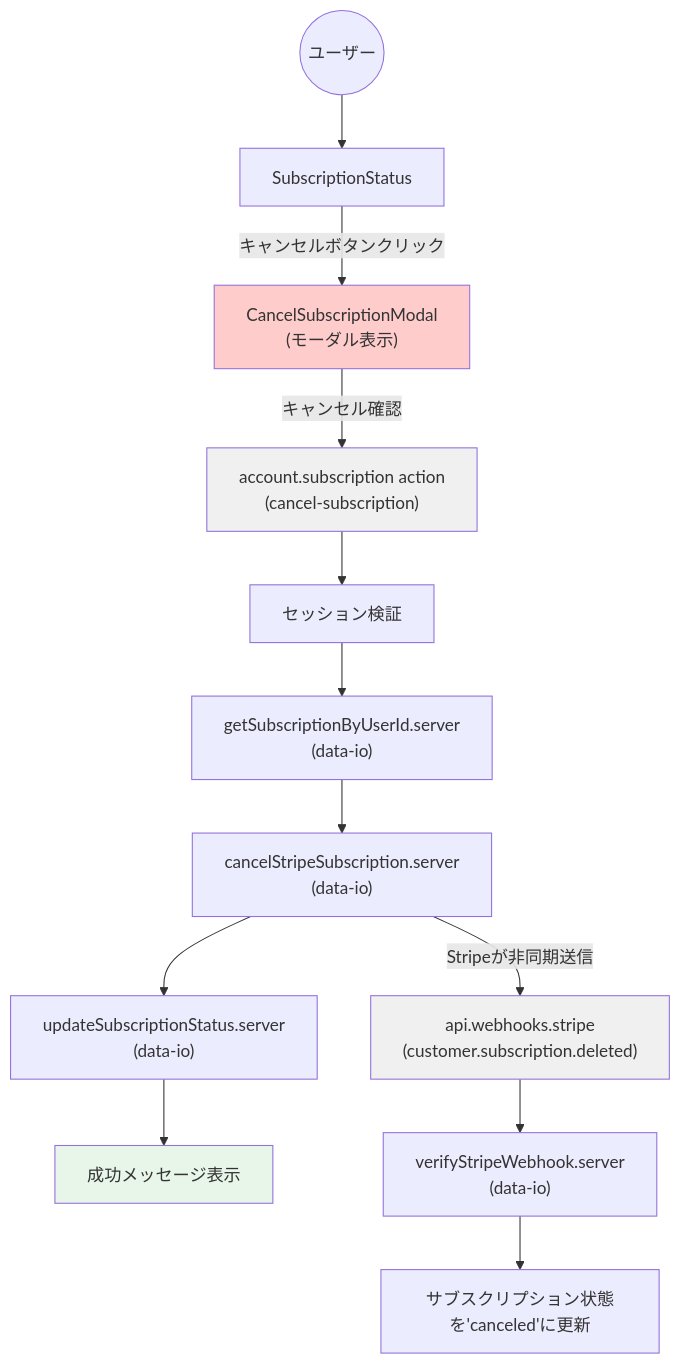
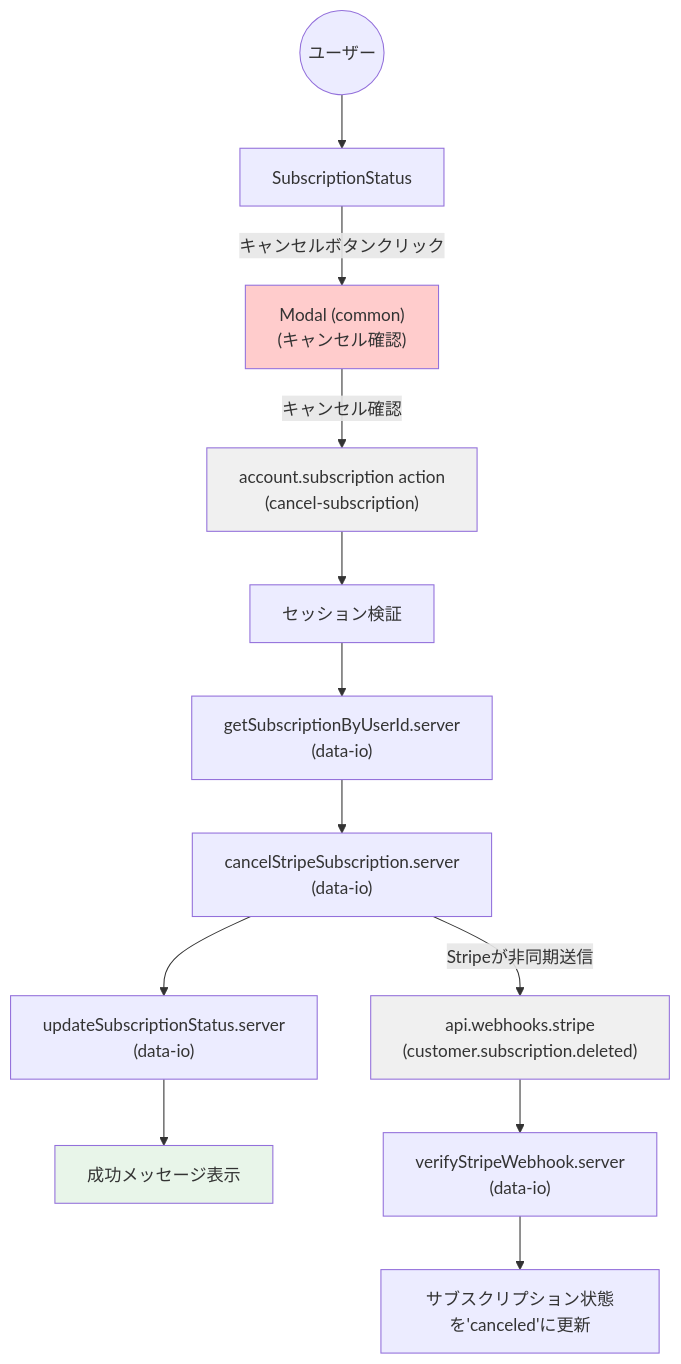
The third of 19 diagrams in develop/account/subscription/data-flow-diagram.md (tezuka-Akihiro/ClaudeMix), drawn with Mermaid before and after one commit. The commit also changed other lines of this file and 1 other file, not shown here.

First line of the commit message:
Update data-flow-diagram.md to reflect common Modal/Badge design

````diff
--- a/develop/account/subscription/data-flow-diagram.md
+++ b/develop/account/subscription/data-flow-diagram.md
@@ -67,21 +67,21 @@
 ```mermaid
 graph TD
     User((ユーザー)) --> SubStatus["SubscriptionStatus"]
-    SubStatus -- "キャンセルボタンクリック" --> Modal["CancelSubscriptionModal<br/>(モーダル表示)"]
+    SubStatus -- "キャンセルボタンクリック" --> Modal["Modal (common)<br/>(キャンセル確認)"]
     Modal -- "キャンセル確認" --> Action["account.subscription action<br/>(cancel-subscription)"]
 
     Action --> ValidateSession["セッション検証"]
     ValidateSession --> GetSub["getSubscriptionByUserId.server<br/>(data-io)"]
     GetSub --> CancelStripe["cancelStripeSubscription.server<br/>(data-io)"]
     CancelStripe --> UpdateStatus["updateSubscriptionStatus.server<br/>(data-io)"]
     UpdateStatus --> Success["成功メッセージ表示"]
 
     CancelStripe -- "Stripeが非同期送信" --> Webhook["api.webhooks.stripe<br/>(customer.subscription.deleted)"]
     Webhook --> VerifySignature["verifyStripeWebhook.server<br/>(data-io)"]
     VerifySignature --> UpdateDB["サブスクリプション状態を'canceled'に更新"]
 
     style Modal fill:#ffcccc
     style Action fill:#f0f0f0
     style Success fill:#e8f5e9
     style Webhook fill:#f0f0f0
 ```
````
